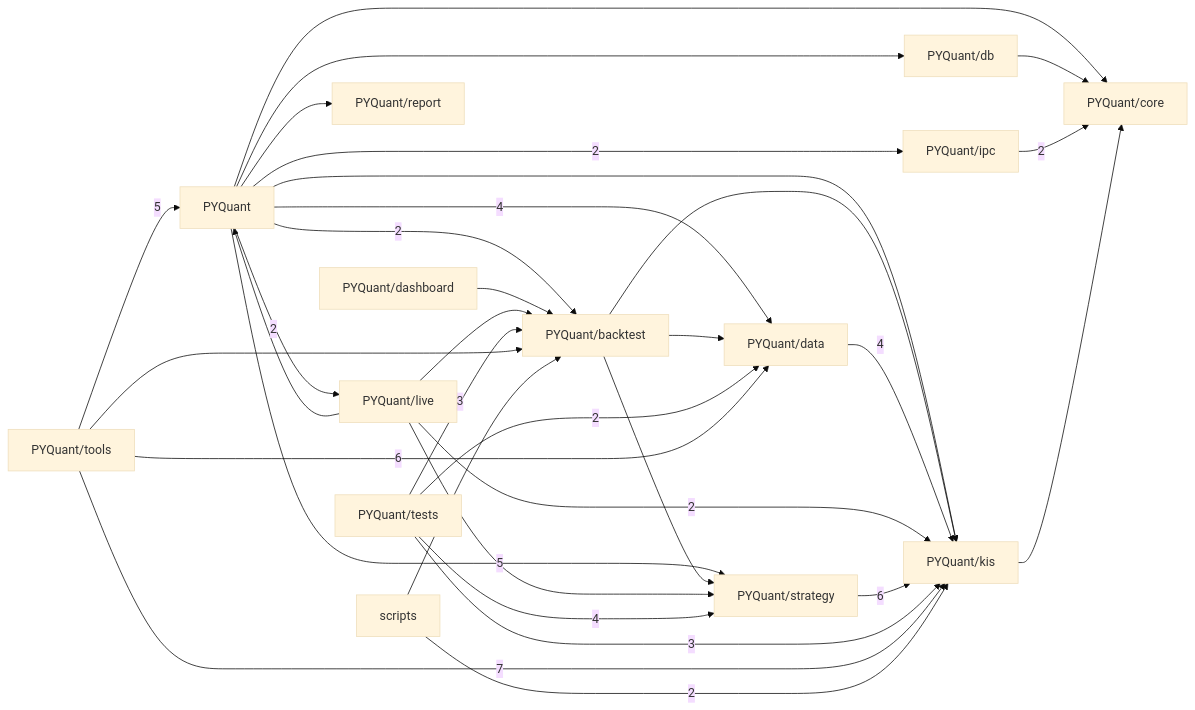
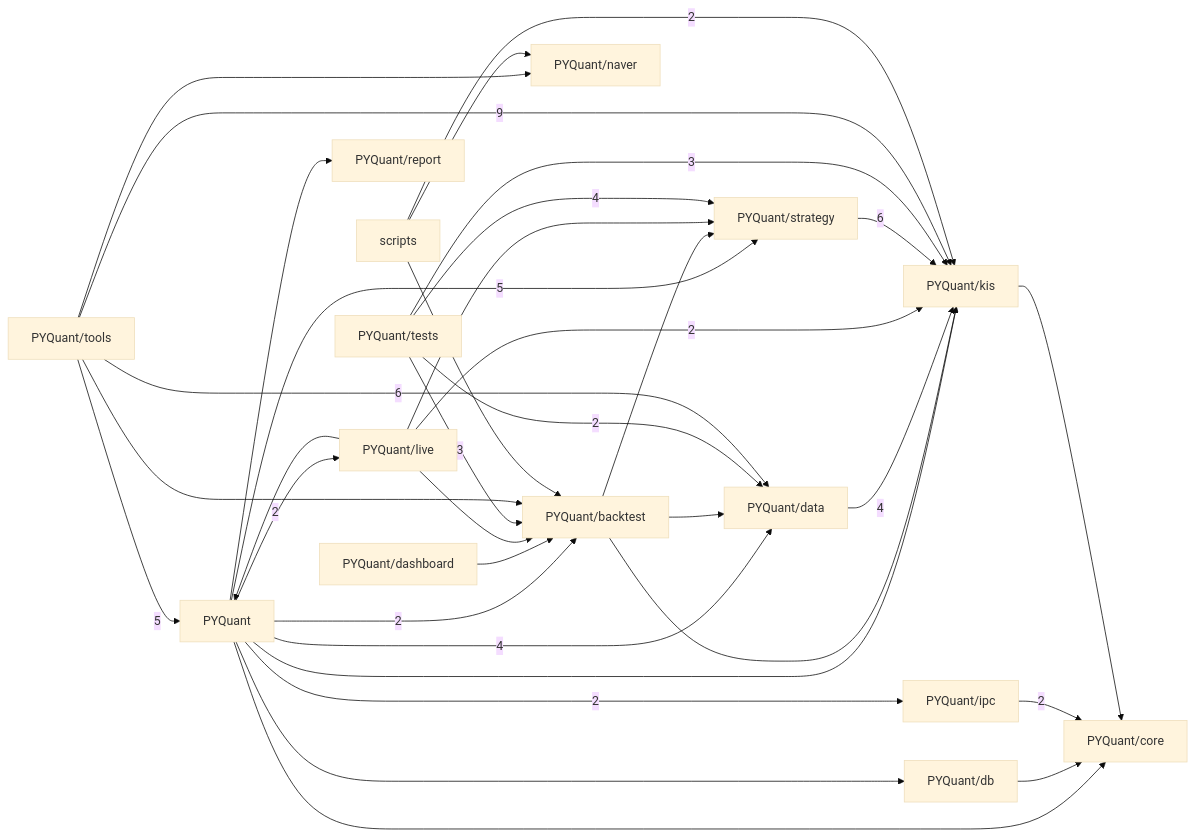
Before and after one commit to pypy8171/Quant: the third of 3 diagrams in docs/CODE_GRAPH.md, drawn with Mermaid (base theme). The commit also changed other lines of this file and 2 other files, not shown here.

First line of the commit message:
docs(graph): Engine 분할 뒤 코드 의존 그래프를 다시 만든다

````diff
--- a/docs/CODE_GRAPH.md
+++ b/docs/CODE_GRAPH.md
@@ -232,49 +305,52 @@
 ```mermaid
 graph LR
   p_PYQuant["PYQuant"]
   p_PYQuant_backtest["PYQuant/backtest"]
   p_PYQuant_core["PYQuant/core"]
   p_PYQuant_dashboard["PYQuant/dashboard"]
   p_PYQuant_data["PYQuant/data"]
   p_PYQuant_db["PYQuant/db"]
   p_PYQuant_ipc["PYQuant/ipc"]
   p_PYQuant_kis["PYQuant/kis"]
   p_PYQuant_live["PYQuant/live"]
+  p_PYQuant_naver["PYQuant/naver"]
   p_PYQuant_report["PYQuant/report"]
   p_PYQuant_strategy["PYQuant/strategy"]
   p_PYQuant_tests["PYQuant/tests"]
   p_PYQuant_tools["PYQuant/tools"]
   p_scripts["scripts"]
   p_PYQuant -->|2| p_PYQuant_backtest
   p_PYQuant --> p_PYQuant_core
   p_PYQuant -->|4| p_PYQuant_data
   p_PYQuant --> p_PYQuant_db
   p_PYQuant -->|2| p_PYQuant_ipc
   p_PYQuant --> p_PYQuant_kis
   p_PYQuant -->|2| p_PYQuant_live
   p_PYQuant --> p_PYQuant_report
   p_PYQuant -->|5| p_PYQuant_strategy
   p_PYQuant_backtest --> p_PYQuant_data
   p_PYQuant_backtest --> p_PYQuant_kis
   p_PYQuant_backtest --> p_PYQuant_strategy
   p_PYQuant_dashboard --> p_PYQuant_backtest
   p_PYQuant_data -->|4| p_PYQuant_kis
   p_PYQuant_db --> p_PYQuant_core
   p_PYQuant_ipc -->|2| p_PYQuant_core
   p_PYQuant_kis --> p_PYQuant_core
   p_PYQuant_live --> p_PYQuant
   p_PYQuant_live --> p_PYQuant_backtest
   p_PYQuant_live -->|2| p_PYQuant_kis
   p_PYQuant_live --> p_PYQuant_strategy
   p_PYQuant_strategy -->|6| p_PYQuant_kis
   p_PYQuant_tests -->|3| p_PYQuant_backtest
   p_PYQuant_tests -->|2| p_PYQuant_data
   p_PYQuant_tests -->|3| p_PYQuant_kis
   p_PYQuant_tests -->|4| p_PYQuant_strategy
   p_PYQuant_tools -->|5| p_PYQuant
   p_PYQuant_tools --> p_PYQuant_backtest
   p_PYQuant_tools -->|6| p_PYQuant_data
-  p_PYQuant_tools -->|7| p_PYQuant_kis
+  p_PYQuant_tools -->|9| p_PYQuant_kis
+  p_PYQuant_tools --> p_PYQuant_naver
   p_scripts --> p_PYQuant_backtest
   p_scripts -->|2| p_PYQuant_kis
+  p_scripts --> p_PYQuant_naver
 ```
````
